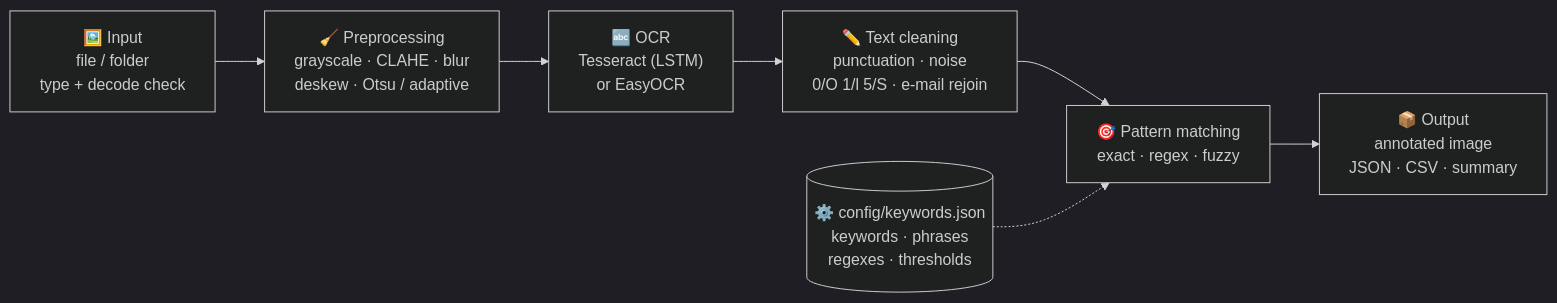
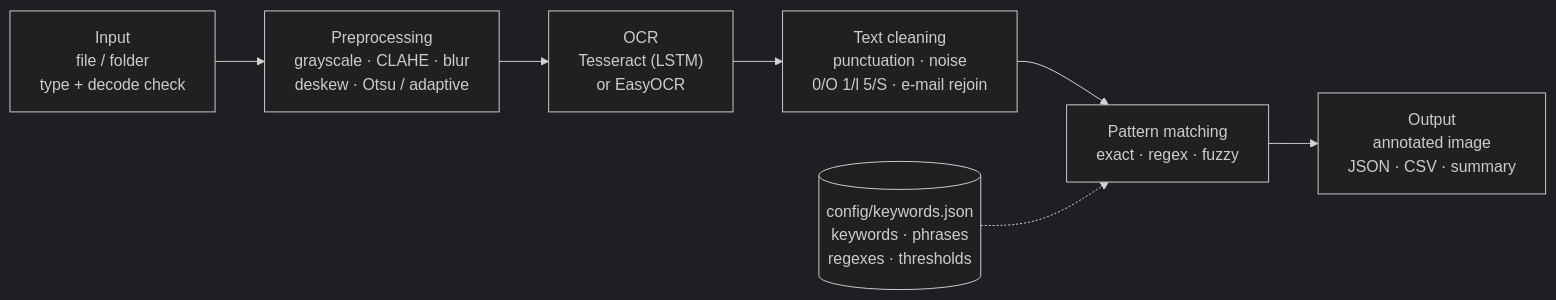
One commit to amartya1056/image-to-text-pattern-matching changed the first of 3 diagrams in README.md. Above: the diagram before and after it, drawn with Mermaid (dark theme). The commit also changed other lines of this file, not shown here.

````diff
--- a/README.md
+++ b/README.md
@@ -104,9 +104,9 @@
 ```mermaid
 flowchart LR
-    A["🖼️ Input<br/>file / folder<br/>type + decode check"] --> B["🧹 Preprocessing<br/>grayscale · CLAHE · blur<br/>deskew · Otsu / adaptive"]
-    B --> C["🔤 OCR<br/>Tesseract (LSTM)<br/>or EasyOCR"]
-    C --> D["✏️ Text cleaning<br/>punctuation · noise<br/>0/O 1/l 5/S · e-mail rejoin"]
-    D --> E["🎯 Pattern matching<br/>exact · regex · fuzzy"]
-    E --> F["📦 Output<br/>annotated image<br/>JSON · CSV · summary"]
-    K[("⚙️ config/keywords.json<br/>keywords · phrases<br/>regexes · thresholds")] -.-> E
+    A["Input<br/>file / folder<br/>type + decode check"] --> B["Preprocessing<br/>grayscale · CLAHE · blur<br/>deskew · Otsu / adaptive"]
+    B --> C["OCR<br/>Tesseract (LSTM)<br/>or EasyOCR"]
+    C --> D["Text cleaning<br/>punctuation · noise<br/>0/O 1/l 5/S · e-mail rejoin"]
+    D --> E["Pattern matching<br/>exact · regex · fuzzy"]
+    E --> F["Output<br/>annotated image<br/>JSON · CSV · summary"]
+    K[("config/keywords.json<br/>keywords · phrases<br/>regexes · thresholds")] -.-> E
 ```
````
